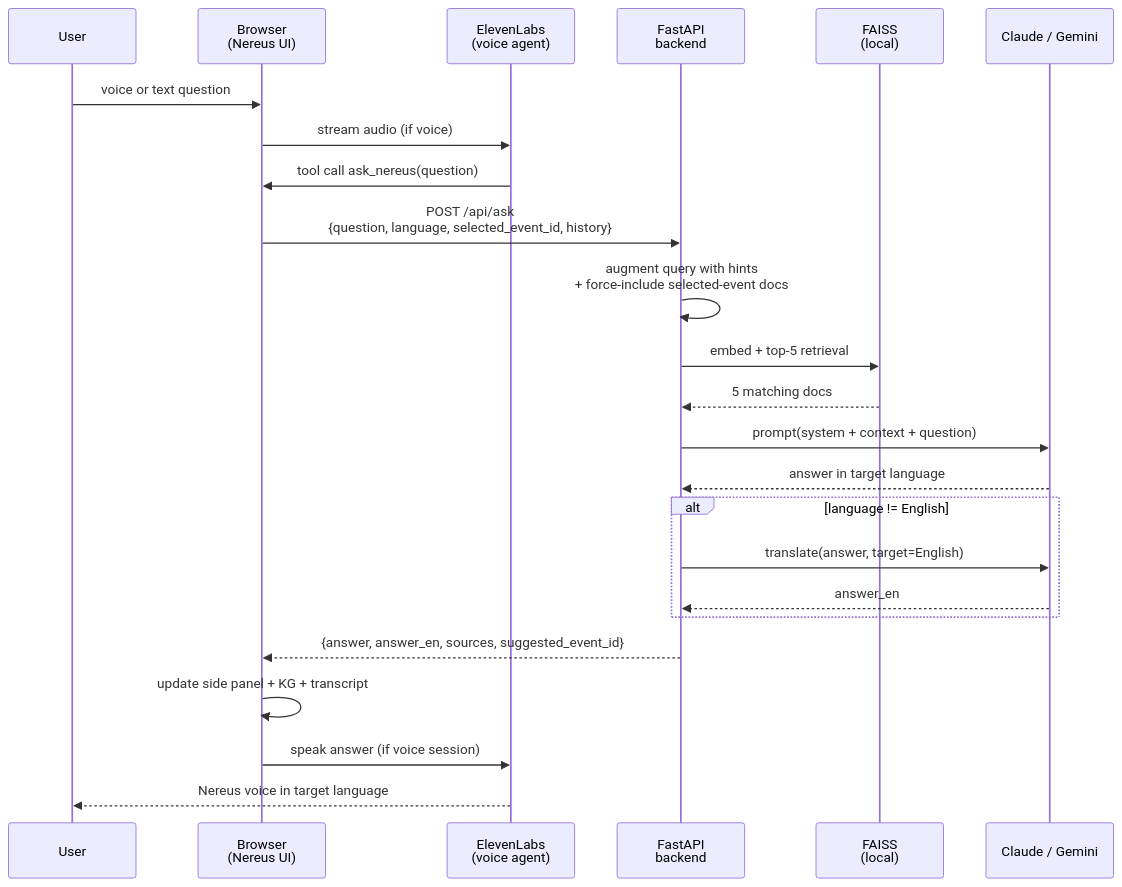
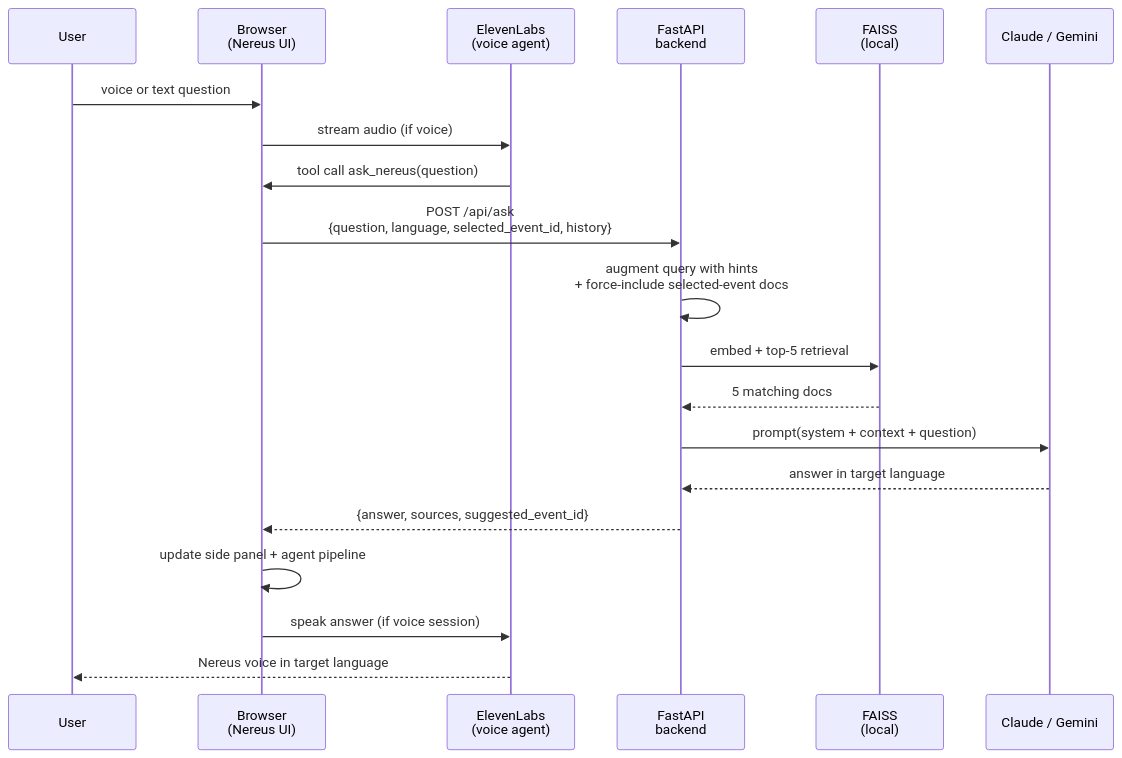
One commit to hema8Codes/DataHacks_Nereus changed the second of 3 diagrams in README.md. Above: the diagram before and after it, drawn with Mermaid. The commit also changed other lines of this file, not shown here.

````diff
--- a/README.md
+++ b/README.md
@@ -121,27 +121,23 @@
 ```mermaid
 sequenceDiagram
     participant User
     participant FE as Browser<br/>(Nereus UI)
     participant EL as ElevenLabs<br/>(voice agent)
     participant BE as FastAPI<br/>backend
     participant F as FAISS<br/>(local)
     participant LLM as Claude / Gemini
 
     User->>FE: voice or text question
     FE->>EL: stream audio (if voice)
     EL->>FE: tool call ask_nereus(question)
     FE->>BE: POST /api/ask<br/>{question, language, selected_event_id, history}
     BE->>BE: augment query with hints<br/>+ force-include selected-event docs
     BE->>F: embed + top-5 retrieval
     F-->>BE: 5 matching docs
     BE->>LLM: prompt(system + context + question)
     LLM-->>BE: answer in target language
-    alt language != English
-        BE->>LLM: translate(answer, target=English)
-        LLM-->>BE: answer_en
-    end
-    BE-->>FE: {answer, answer_en, sources, suggested_event_id}
-    FE->>FE: update side panel + KG + transcript
+    BE-->>FE: {answer, sources, suggested_event_id}
+    FE->>FE: update side panel + agent pipeline
     FE->>EL: speak answer (if voice session)
     EL-->>User: Nereus voice in target language
 ```
````
